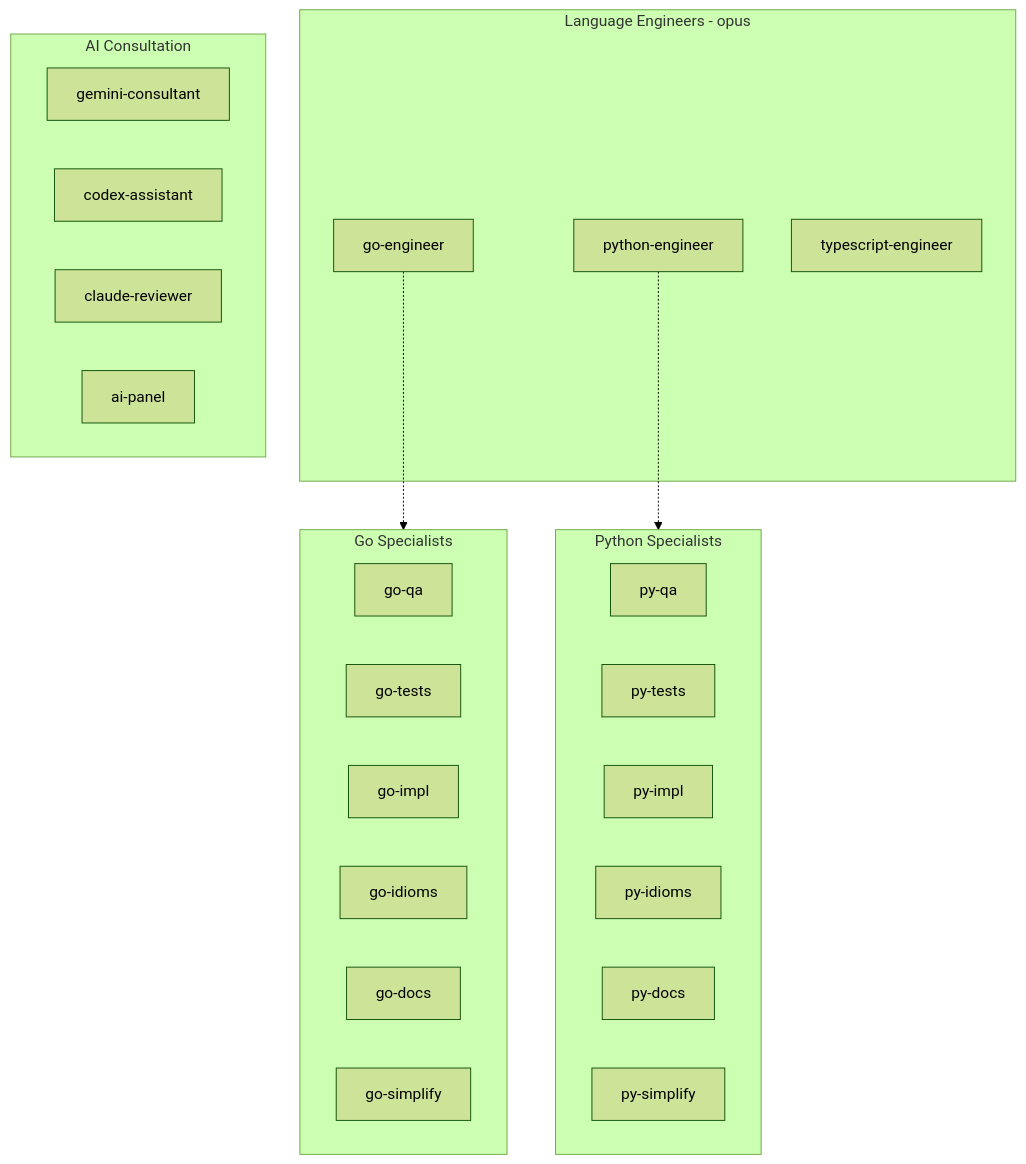
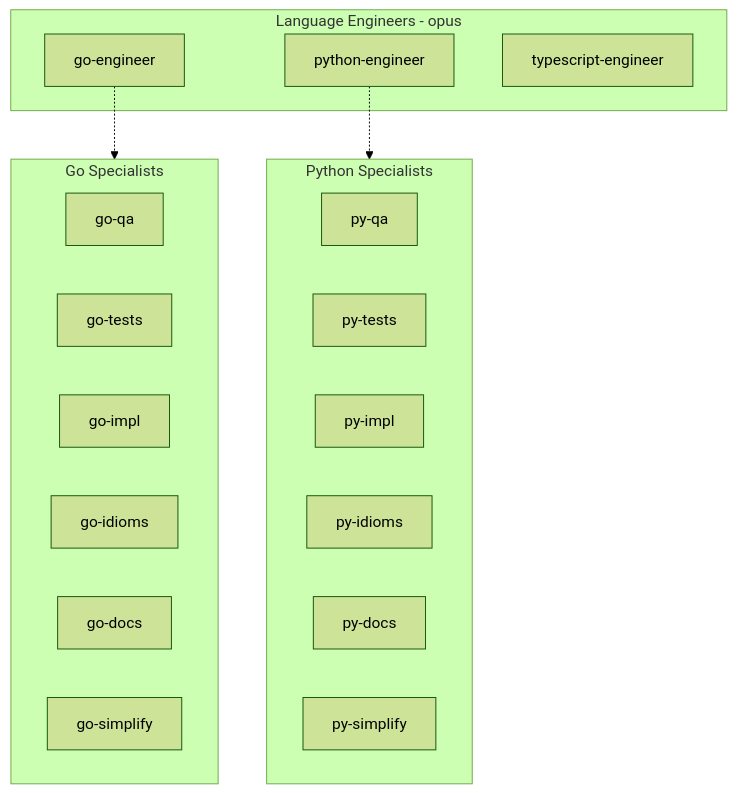
One commit to alexei-led/claude-code-config changed the third of 6 diagrams in GUIDE.md. Above: the diagram before and after it, drawn with Mermaid (forest theme). The commit also changed other lines of this file and 1 other file, not shown here.

````diff
--- a/GUIDE.md
+++ b/GUIDE.md
@@ -242,36 +181,29 @@
 ```mermaid
 flowchart TB
     subgraph Engineers[Language Engineers - opus]
         GE[go-engineer]
         PE[python-engineer]
         TE[typescript-engineer]
     end
 
     subgraph GoSpec[Go Specialists]
         GQ[go-qa]
         GT[go-tests]
         GI[go-impl]
         GID[go-idioms]
         GD[go-docs]
         GS[go-simplify]
     end
 
     subgraph PySpec[Python Specialists]
         PQ[py-qa]
         PT[py-tests]
         PI[py-impl]
         PID[py-idioms]
         PD[py-docs]
         PS[py-simplify]
     end
 
-    subgraph AI[AI Consultation]
-        GC[gemini-consultant]
-        CA[codex-assistant]
-        CR[claude-reviewer]
-        AP[ai-panel]
-    end
-
     GE -.-> GoSpec
     PE -.-> PySpec
 ```
````
